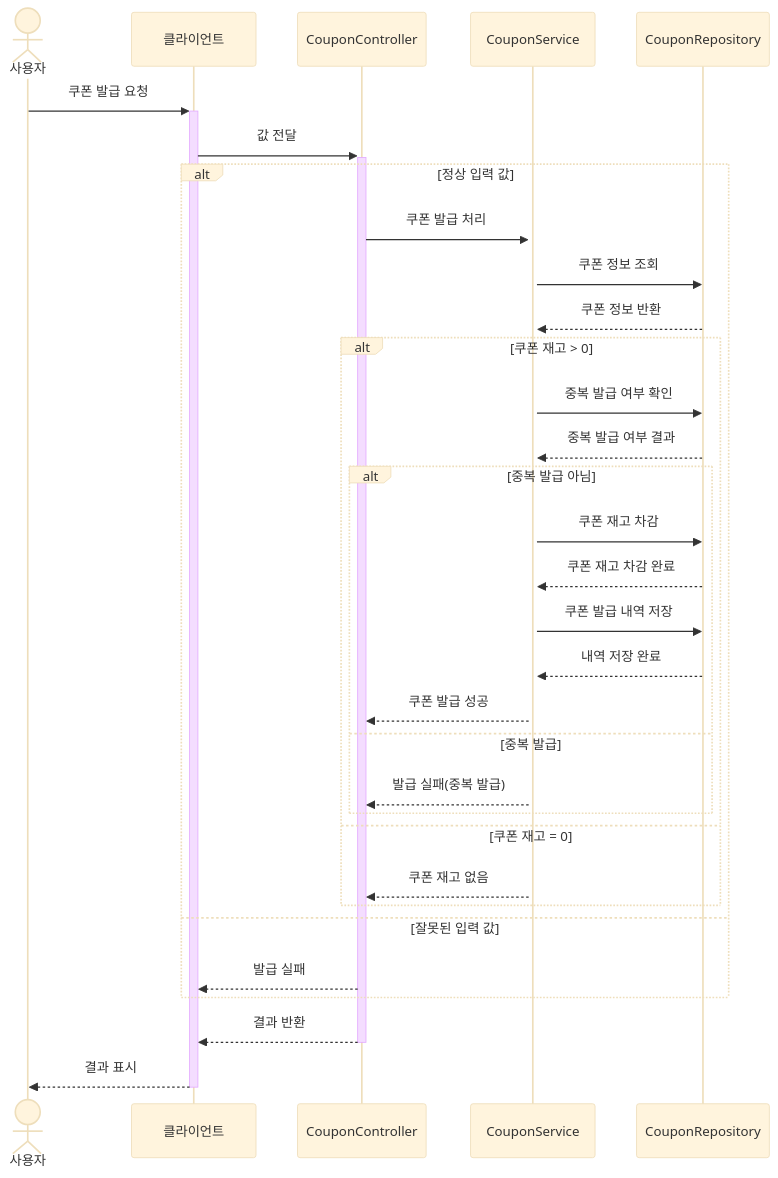
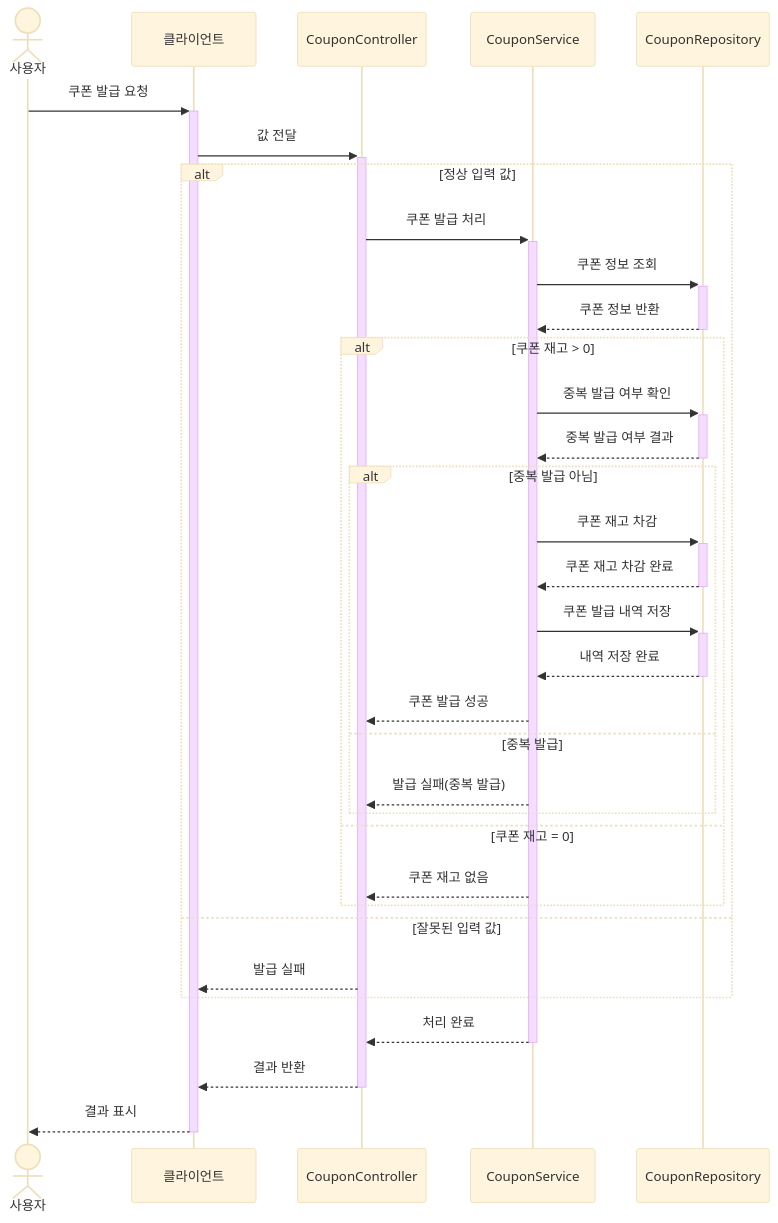
Before and after one commit to letter333/hhplus-be9-commerce: the diagram in docs/diagram/CouponIssuance-SequenceDiagram.md, drawn with Mermaid (base theme). The commit also changed 11 other files, not shown here.

````diff
--- a/docs/diagram/CouponIssuance-SequenceDiagram.md
+++ b/docs/diagram/CouponIssuance-SequenceDiagram.md
@@ -2,35 +2,36 @@
 ```mermaid
 sequenceDiagram
     actor User as 사용자
     participant Client as 클라이언트
     participant Controller as CouponController
     participant Service as CouponService
     participant DB as CouponRepository
 
     User->>+Client: 쿠폰 발급 요청
     Client->>+Controller: 값 전달
     alt 정상 입력 값
         Controller->>+Service: 쿠폰 발급 처리
-        Service->>DB: 쿠폰 정보 조회
-        DB-->>Service: 쿠폰 정보 반환 
+        Service->>+DB: 쿠폰 정보 조회
+        DB-->>-Service: 쿠폰 정보 반환 
         alt 쿠폰 재고 > 0 
-            Service->>DB: 중복 발급 여부 확인
-            DB-->>Service: 중복 발급 여부 결과
+            Service->>+DB: 중복 발급 여부 확인
+            DB-->>-Service: 중복 발급 여부 결과
             alt 중복 발급 아님
-                Service->>DB: 쿠폰 재고 차감
-                DB-->>Service: 쿠폰 재고 차감 완료
-                Service->>DB: 쿠폰 발급 내역 저장
-                DB-->>Service: 내역 저장 완료
+                Service->>+DB: 쿠폰 재고 차감
+                DB-->>-Service: 쿠폰 재고 차감 완료
+                Service->>+DB: 쿠폰 발급 내역 저장
+                DB-->>-Service: 내역 저장 완료
                 Service-->>Controller: 쿠폰 발급 성공
             else 중복 발급
                 Service-->>Controller: 발급 실패(중복 발급)
             end
         else 쿠폰 재고 = 0
             Service-->>Controller: 쿠폰 재고 없음
         end
     else 잘못된 입력 값
         Controller-->>Client: 발급 실패
     end
+    Service-->>-Controller: 처리 완료
     Controller-->>-Client: 결과 반환
     Client-->>-User: 결과 표시
 ```
````
